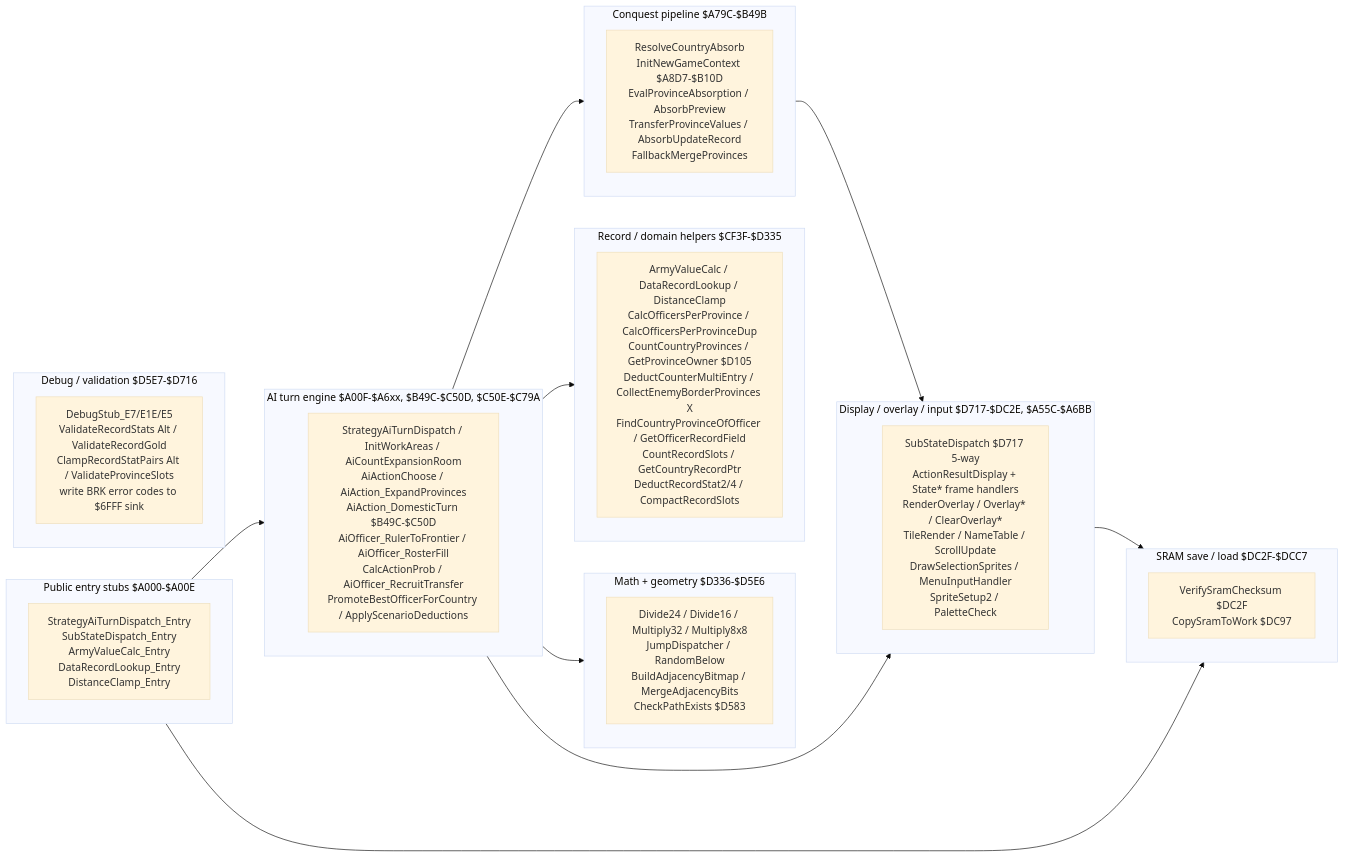
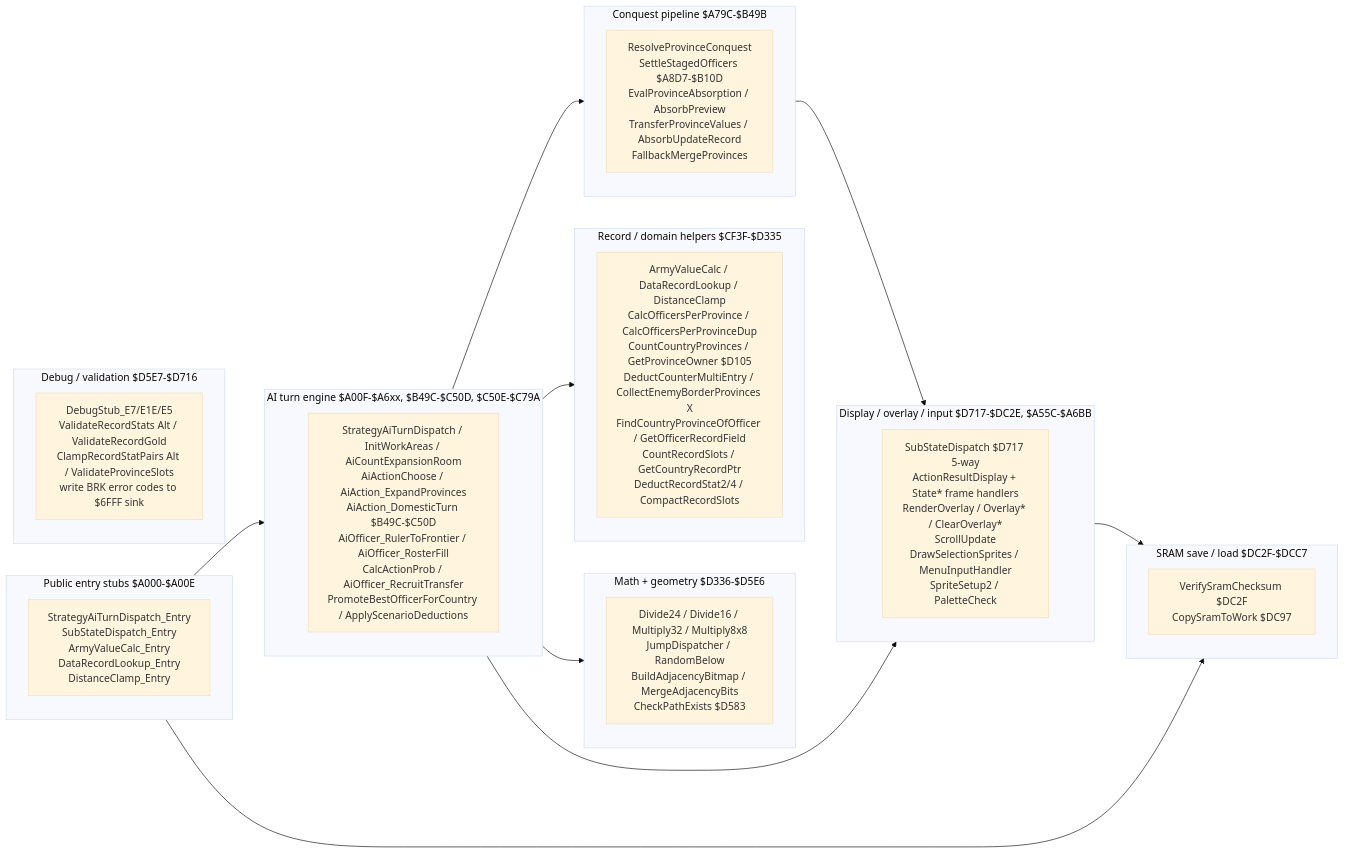
The fourth of 4 diagrams in code/strategy_ai_decision_tree.md (rabbyzero/sango2dasm), drawn with Mermaid (base theme) before and after one commit. The commit also changed other lines of this file and 213 other files, not shown here.

````diff
--- a/code/strategy_ai_decision_tree.md
+++ b/code/strategy_ai_decision_tree.md
@@ -266,43 +269,43 @@
 ```mermaid
 flowchart LR
     subgraph PUB["Public entry stubs $A000-$A00E"]
         direction TB
         P1["StrategyAiTurnDispatch_Entry<br/>SubStateDispatch_Entry<br/>ArmyValueCalc_Entry<br/>DataRecordLookup_Entry<br/>DistanceClamp_Entry"]
     end
     subgraph AI["AI turn engine $A00F-$A6xx, $B49C-$C50D, $C50E-$C79A"]
         direction TB
         A1["StrategyAiTurnDispatch / InitWorkAreas / AiCountExpansionRoom<br/>AiActionChoose / AiAction_ExpandProvinces<br/>AiAction_DomesticTurn $B49C-$C50D<br/>AiOfficer_RulerToFrontier / AiOfficer_RosterFill<br/>CalcActionProb / AiOfficer_RecruitTransfer<br/>PromoteBestOfficerForCountry / ApplyScenarioDeductions"]
     end
     subgraph ABS["Conquest pipeline $A79C-$B49B"]
         direction TB
-        B1["ResolveCountryAbsorb<br/>InitNewGameContext $A8D7-$B10D<br/>EvalProvinceAbsorption / AbsorbPreview<br/>TransferProvinceValues / AbsorbUpdateRecord<br/>FallbackMergeProvinces"]
+        B1["ResolveProvinceConquest<br/>SettleStagedOfficers $A8D7-$B10D<br/>EvalProvinceAbsorption / AbsorbPreview<br/>TransferProvinceValues / AbsorbUpdateRecord<br/>FallbackMergeProvinces"]
     end
     subgraph DOM["Record / domain helpers $CF3F-$D335"]
         direction TB
         C1["ArmyValueCalc / DataRecordLookup / DistanceClamp<br/>CalcOfficersPerProvince / CalcOfficersPerProvinceDup<br/>CountCountryProvinces / GetProvinceOwner $D105<br/>DeductCounterMultiEntry / CollectEnemyBorderProvinces X<br/>FindCountryProvinceOfOfficer / GetOfficerRecordField<br/>CountRecordSlots / GetCountryRecordPtr<br/>DeductRecordStat2/4 / CompactRecordSlots"]
     end
     subgraph MATH["Math + geometry $D336-$D5E6"]
         direction TB
         D1["Divide24 / Divide16 / Multiply32 / Multiply8x8<br/>JumpDispatcher / RandomBelow<br/>BuildAdjacencyBitmap / MergeAdjacencyBits<br/>CheckPathExists $D583"]
     end
     subgraph DBG["Debug / validation $D5E7-$D716"]
         direction TB
         E1["DebugStub_E7/E1E/E5<br/>ValidateRecordStats Alt / ValidateRecordGold<br/>ClampRecordStatPairs Alt / ValidateProvinceSlots<br/>write BRK error codes to $6FFF sink"]
     end
     subgraph UI["Display / overlay / input $D717-$DC2E, $A55C-$A6BB"]
         direction TB
-        F1["SubStateDispatch $D717 5-way<br/>ActionResultDisplay + State* frame handlers<br/>RenderOverlay / Overlay* / ClearOverlay*<br/>TileRender / NameTable / ScrollUpdate<br/>DrawSelectionSprites / MenuInputHandler<br/>SpriteSetup2 / PaletteCheck"]
+        F1["SubStateDispatch $D717 5-way<br/>ActionResultDisplay + State* frame handlers<br/>RenderOverlay / Overlay* / ClearOverlay*<br/>ScrollUpdate<br/>DrawSelectionSprites / MenuInputHandler<br/>SpriteSetup2 / PaletteCheck"]
     end
     subgraph SRAM["SRAM save / load $DC2F-$DCC7"]
         direction TB
         G1["VerifySramChecksum $DC2F<br/>CopySramToWork $DC97"]
     end
     PUB --> AI
     AI --> ABS
     AI --> DOM
     AI --> MATH
     AI --> UI
     ABS --> UI
     PUB --> SRAM
     UI --> SRAM
 ```
````
